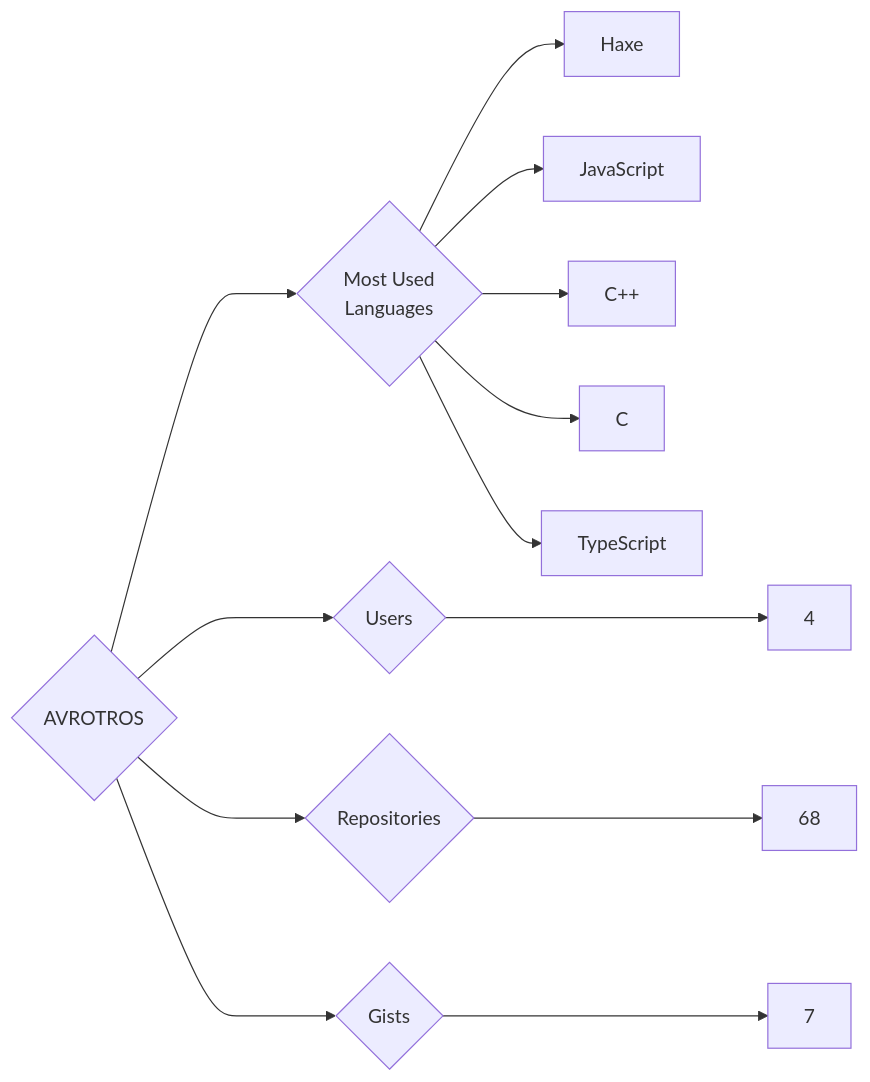
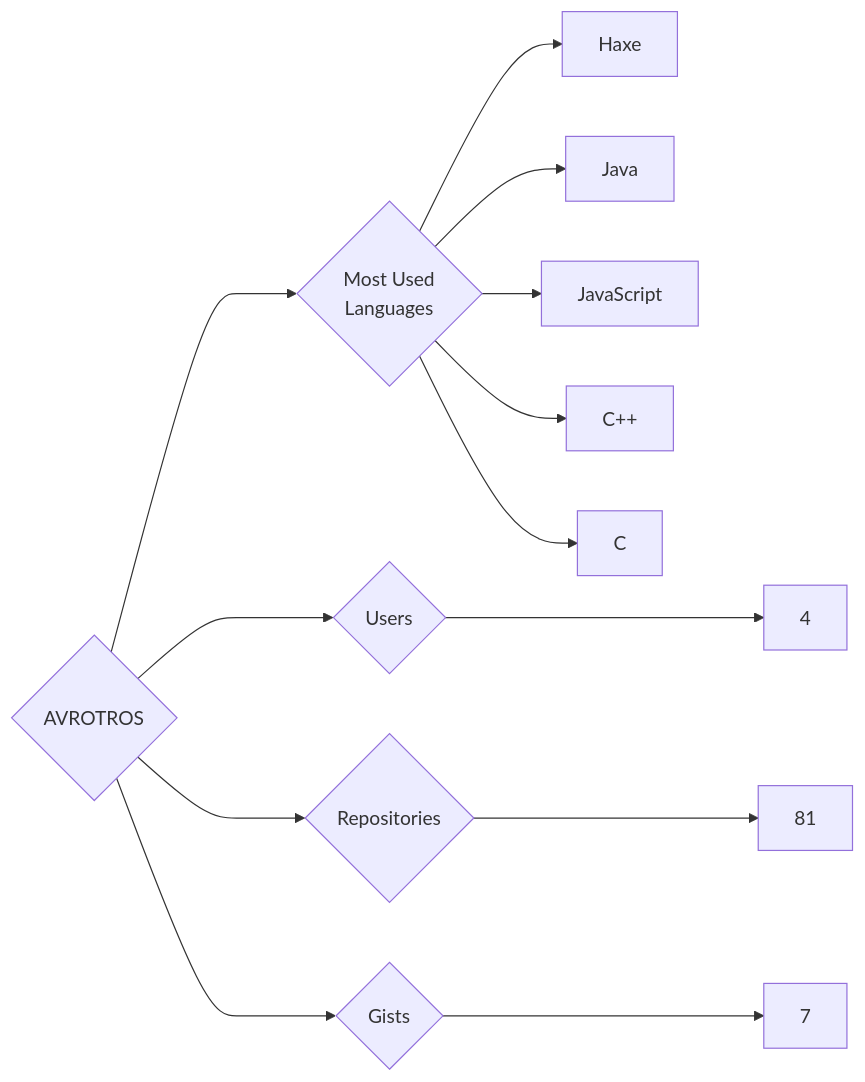
Before and after one commit to trickest/insiders: the diagram in targets/AVROTROS/README.md, drawn with Mermaid. The commit also changed 682 other files, not shown here.

````diff
--- a/targets/AVROTROS/README.md
+++ b/targets/AVROTROS/README.md
@@ -3,13 +3,13 @@
 ```mermaid
 graph LR
 COMPANY_NAME{AVROTROS}
 COMPANY_NAME ---> U{Users} ---> UN[4]
-COMPANY_NAME ---> R{Repositories} ---> RN[68]
+COMPANY_NAME ---> R{Repositories} ---> RN[81]
 COMPANY_NAME ---> G{Gists} ---> GN[7]
 COMPANY_NAME ---> ML{Most Used<br>Languages}
 ML --> Haxe[Haxe]
+ML --> Java[Java]
 ML --> JavaScript[JavaScript]
 ML --> C++[C++]
 ML --> C[C]
-ML --> TypeScript[TypeScript]
 ```
````
